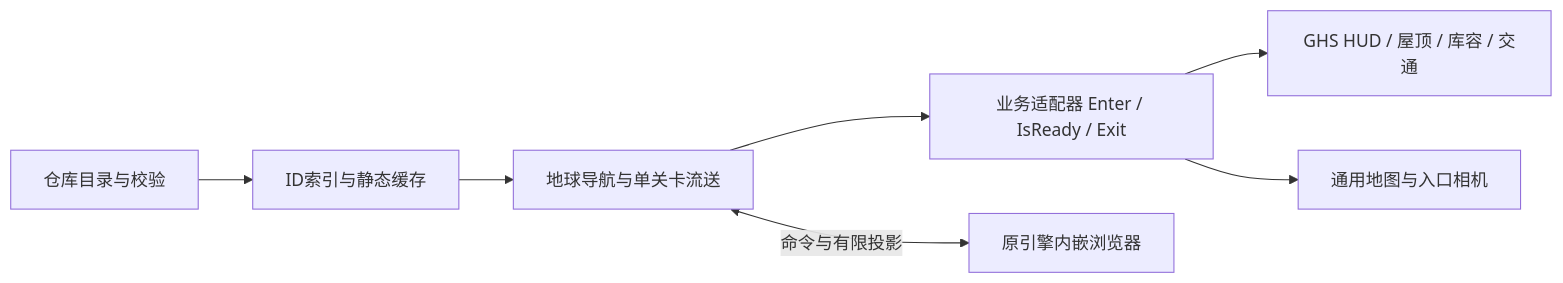
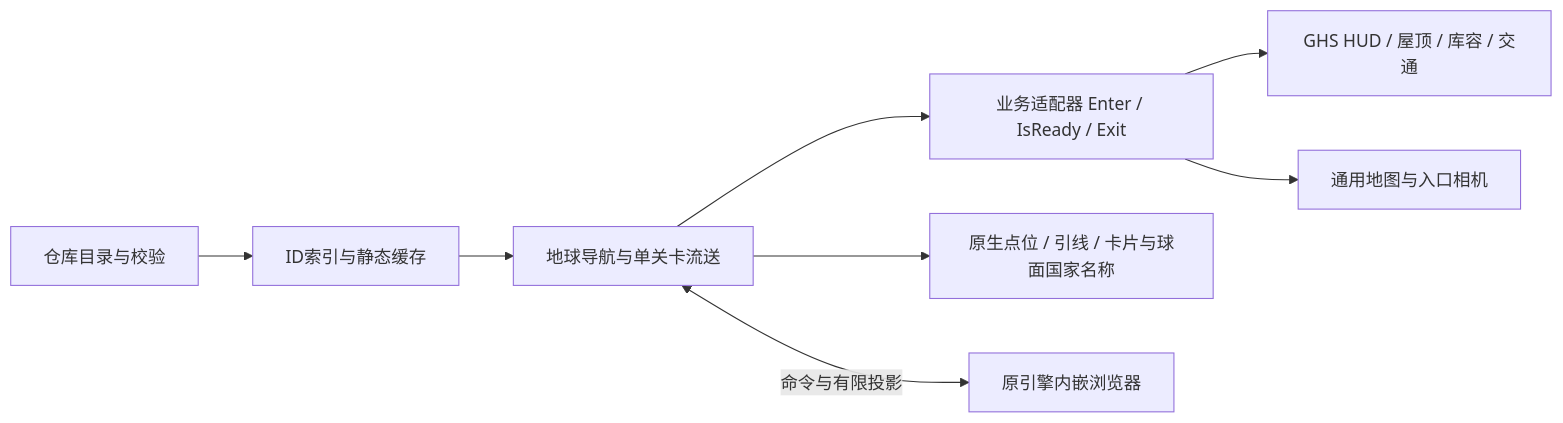
One commit to unrealworker/YQN_ware changed the diagram in docs/architecture/global-warehouse-navigation.md. Above: the diagram before and after it, drawn with Mermaid. The commit also changed other lines of this file and 15 other files, not shown here.

````diff
--- a/docs/architecture/global-warehouse-navigation.md
+++ b/docs/architecture/global-warehouse-navigation.md
@@ -16,9 +16,10 @@
 ```mermaid
 flowchart LR
   Catalog[仓库目录与校验] --> Registry[ID索引与静态缓存]
   Registry --> Navigation[地球导航与单关卡流送]
   Navigation --> Adapter[业务适配器 Enter / IsReady / Exit]
+  Navigation --> Annotations[原生点位 / 引线 / 卡片与球面国家名称]
   Adapter --> GHS[GHS HUD / 屋顶 / 库容 / 交通]
   Adapter --> Generic[通用地图与入口相机]
   Navigation <-->|命令与有限投影| CEF[原引擎内嵌浏览器]
 ```
````
